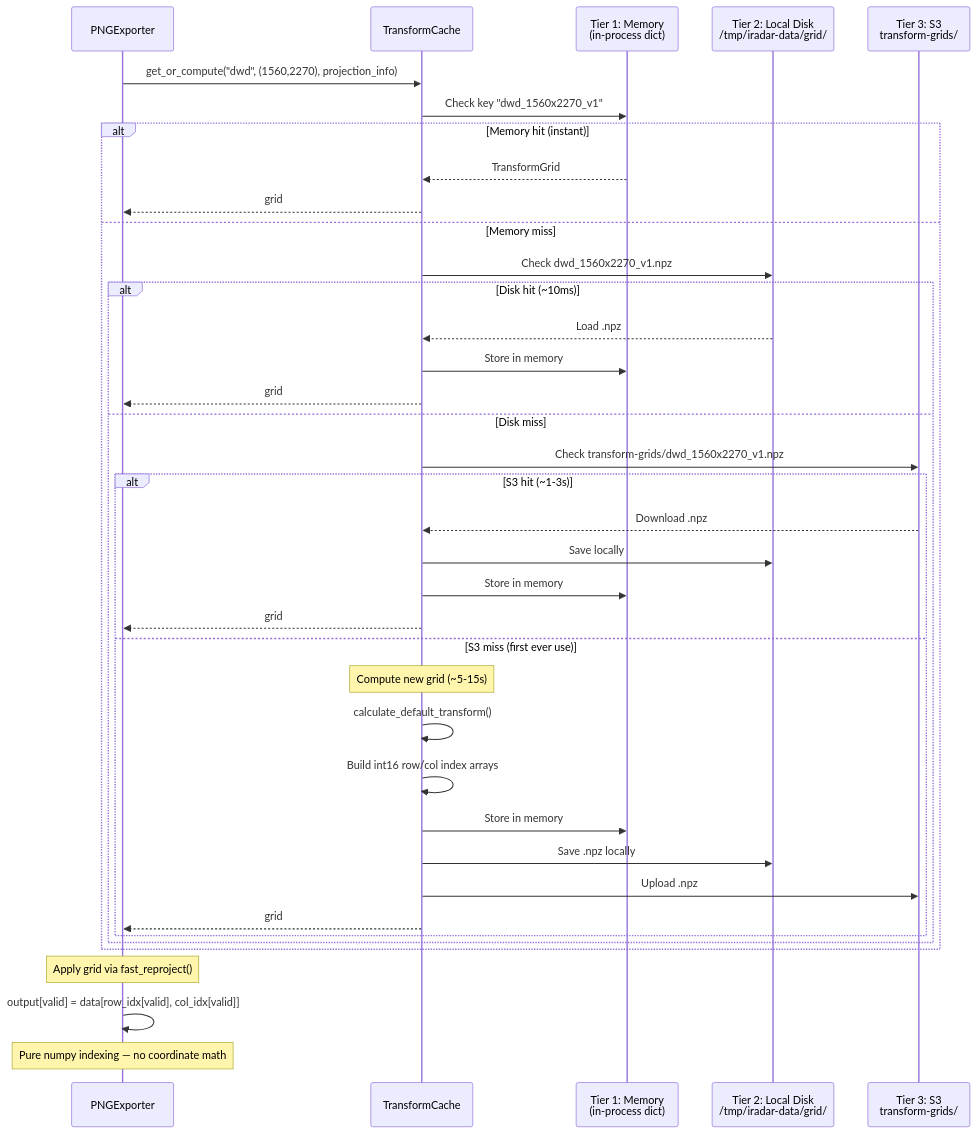
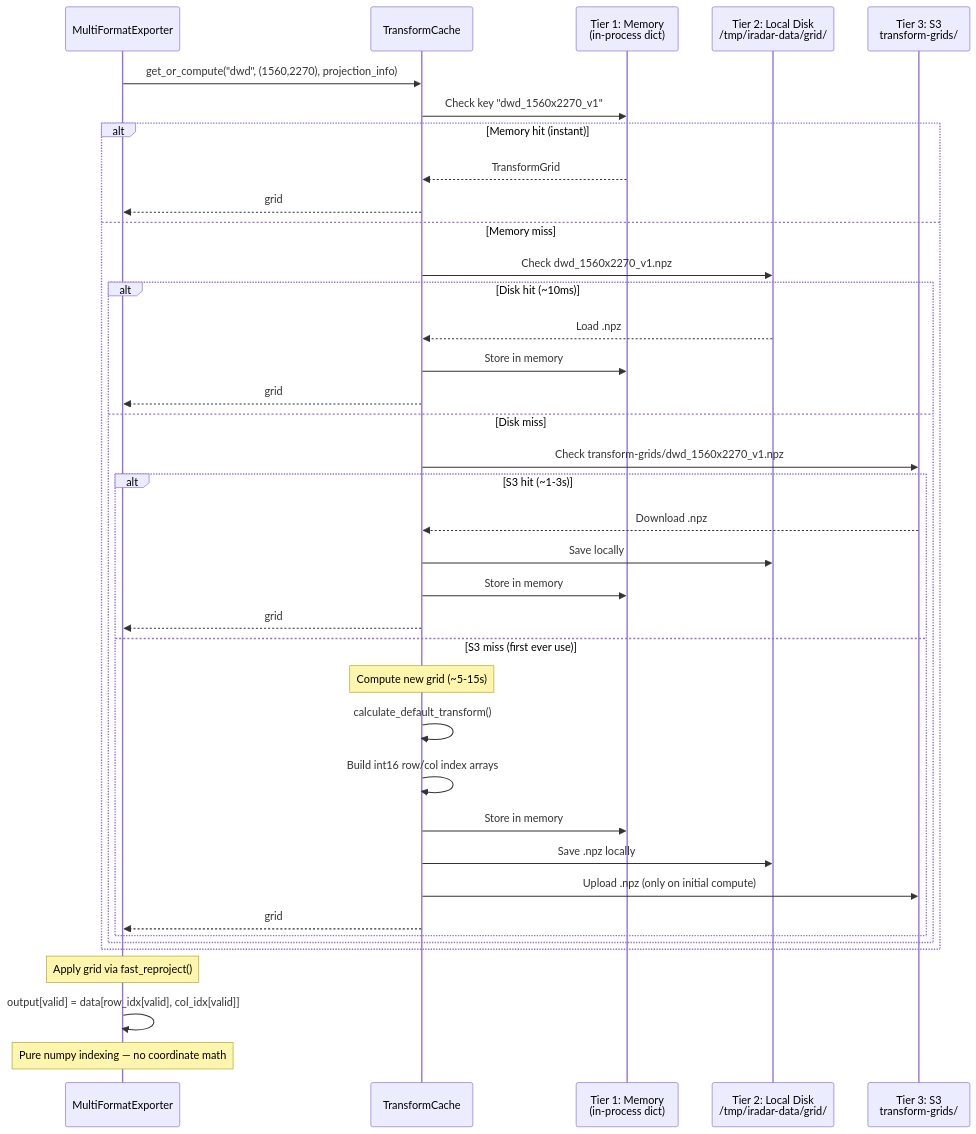
One commit to franko14/radar-shmu changed the fifth of 13 diagrams in docs/data-flow.md. Above: the diagram before and after it, drawn with Mermaid. The commit also changed other lines of this file and 4 other files, not shown here.

````diff
--- a/docs/data-flow.md
+++ b/docs/data-flow.md
@@ -281,43 +283,43 @@
 ```mermaid
 sequenceDiagram
-    participant Exporter as PNGExporter
+    participant Exporter as MultiFormatExporter
     participant TCache as TransformCache
     participant Mem as Tier 1: Memory<br/>(in-process dict)
     participant Disk as Tier 2: Local Disk<br/>/tmp/iradar-data/grid/
     participant S3 as Tier 3: S3<br/>transform-grids/
 
     Exporter->>TCache: get_or_compute("dwd", (1560,2270), projection_info)
 
     TCache->>Mem: Check key "dwd_1560x2270_v1"
     alt Memory hit (instant)
         Mem-->>TCache: TransformGrid
         TCache-->>Exporter: grid
     else Memory miss
         TCache->>Disk: Check dwd_1560x2270_v1.npz
         alt Disk hit (~10ms)
             Disk-->>TCache: Load .npz
             TCache->>Mem: Store in memory
             TCache-->>Exporter: grid
         else Disk miss
             TCache->>S3: Check transform-grids/dwd_1560x2270_v1.npz
             alt S3 hit (~1-3s)
                 S3-->>TCache: Download .npz
                 TCache->>Disk: Save locally
                 TCache->>Mem: Store in memory
                 TCache-->>Exporter: grid
             else S3 miss (first ever use)
                 Note over TCache: Compute new grid (~5-15s)
                 TCache->>TCache: calculate_default_transform()
                 TCache->>TCache: Build int16 row/col index arrays
                 TCache->>Mem: Store in memory
                 TCache->>Disk: Save .npz locally
-                TCache->>S3: Upload .npz
+                TCache->>S3: Upload .npz (only on initial compute)
                 TCache-->>Exporter: grid
             end
         end
     end
 
     Note over Exporter: Apply grid via fast_reproject()
     Exporter->>Exporter: output[valid] = data[row_idx[valid], col_idx[valid]]
     Note over Exporter: Pure numpy indexing — no coordinate math
 ```
````
